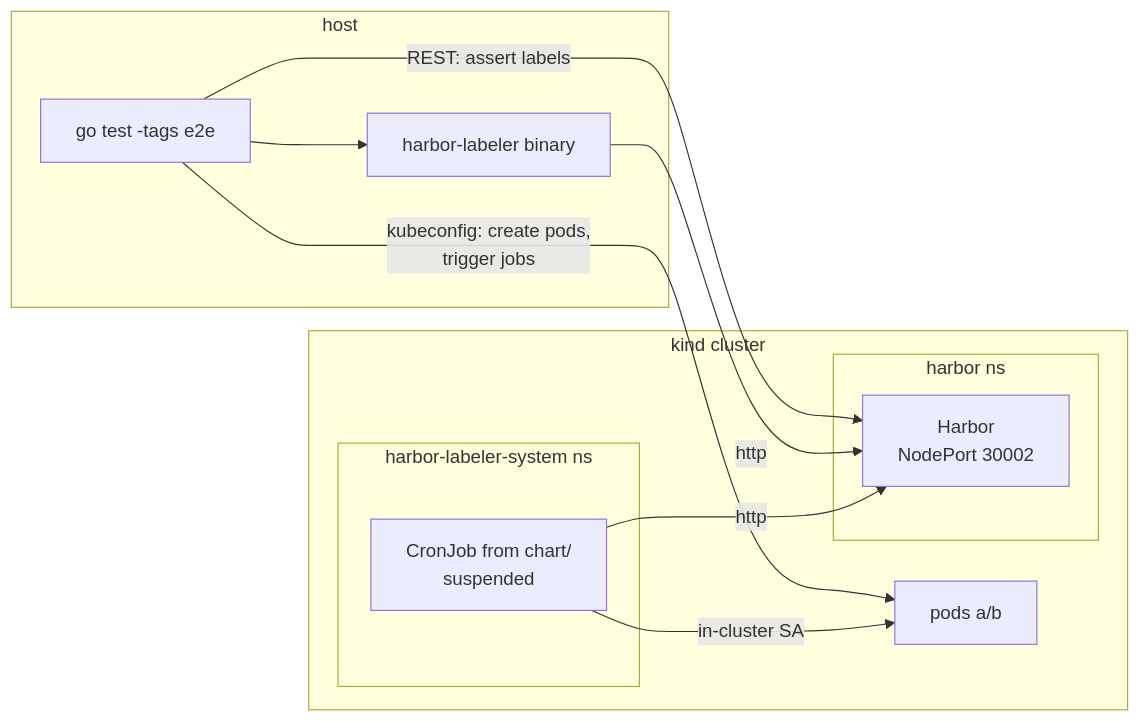
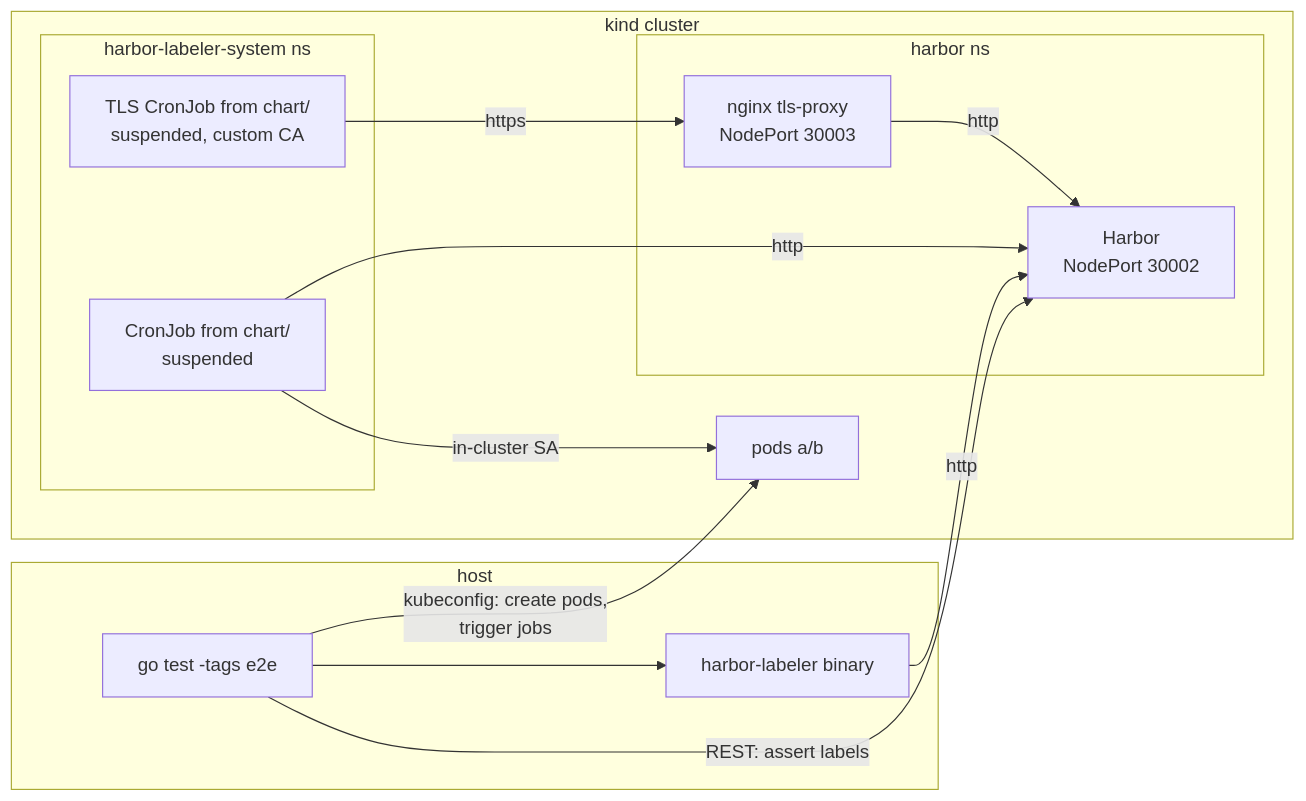
The first of 2 diagrams in e2e/README.md (fosskar/harbor-labeler), drawn with Mermaid before and after one commit. The commit also changed other lines of this file and 4 other files, not shown here.

First line of the commit message:
e2e: cover TLS / custom CA path with in-cluster chart run

````diff
--- a/e2e/README.md
+++ b/e2e/README.md
@@ -24,20 +24,24 @@
 ```mermaid
 flowchart LR
   subgraph host
     T[go test -tags e2e] --> B[harbor-labeler binary]
   end
   subgraph kind cluster
     subgraph harbor ns
       H[Harbor<br/>NodePort 30002]
+      X[nginx tls-proxy<br/>NodePort 30003]
     end
     subgraph harbor-labeler-system ns
       C[CronJob from chart/<br/>suspended]
+      CT[TLS CronJob from chart/<br/>suspended, custom CA]
     end
     P[pods a/b]
   end
   T -- kubeconfig: create pods,<br/>trigger jobs --> P
   T -- REST: assert labels --> H
   B -- http --> H
   C -- in-cluster SA --> P
   C -- http --> H
+  CT -- https --> X
+  X -- http --> H
 ```
````
